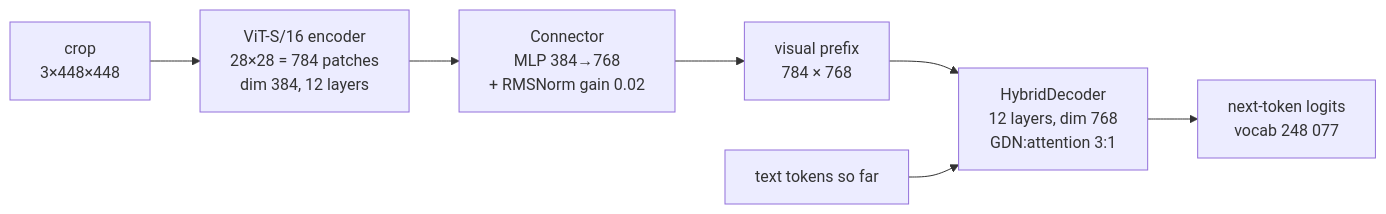
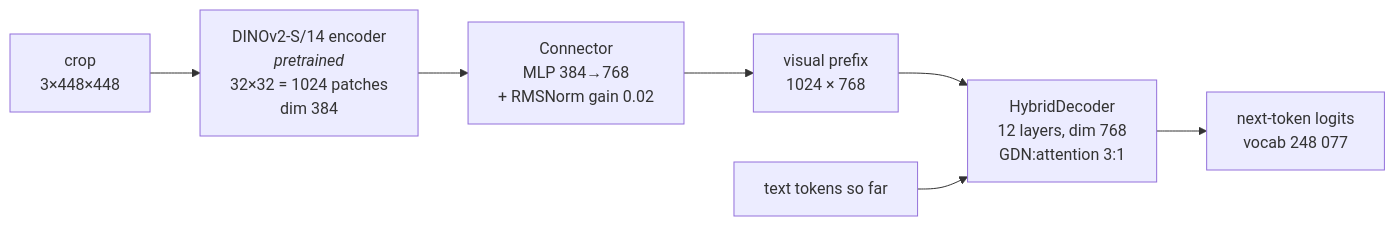
The second of 3 diagrams in docs/ARCHITECTURE.md (Saurab-Shrestha/Akshara), drawn with Mermaid before and after one commit. The commit also changed other lines of this file and 10 other files, not shown here.

First line of the commit message:
Swap encoder to pretrained DINOv2-S/14; decoder budget covers 518px

````diff
--- a/docs/ARCHITECTURE.md
+++ b/docs/ARCHITECTURE.md
@@ -49,9 +49,9 @@
 ```mermaid
 flowchart LR
-    A["crop<br/>3×448×448"] --> B["ViT-S/16 encoder<br/>28×28 = 784 patches<br/>dim 384, 12 layers"]
+    A["crop<br/>3×448×448"] --> B["DINOv2-S/14 encoder<br/><i>pretrained</i><br/>32×32 = 1024 patches<br/>dim 384"]
     B --> C["Connector<br/>MLP 384→768<br/>+ RMSNorm gain 0.02"]
-    C --> D["visual prefix<br/>784 × 768"]
+    C --> D["visual prefix<br/>1024 × 768"]
     D --> E["HybridDecoder<br/>12 layers, dim 768<br/>GDN:attention 3:1"]
     T["text tokens so far"] --> E
     E --> F["next-token logits<br/>vocab 248 077"]
 ```
````
